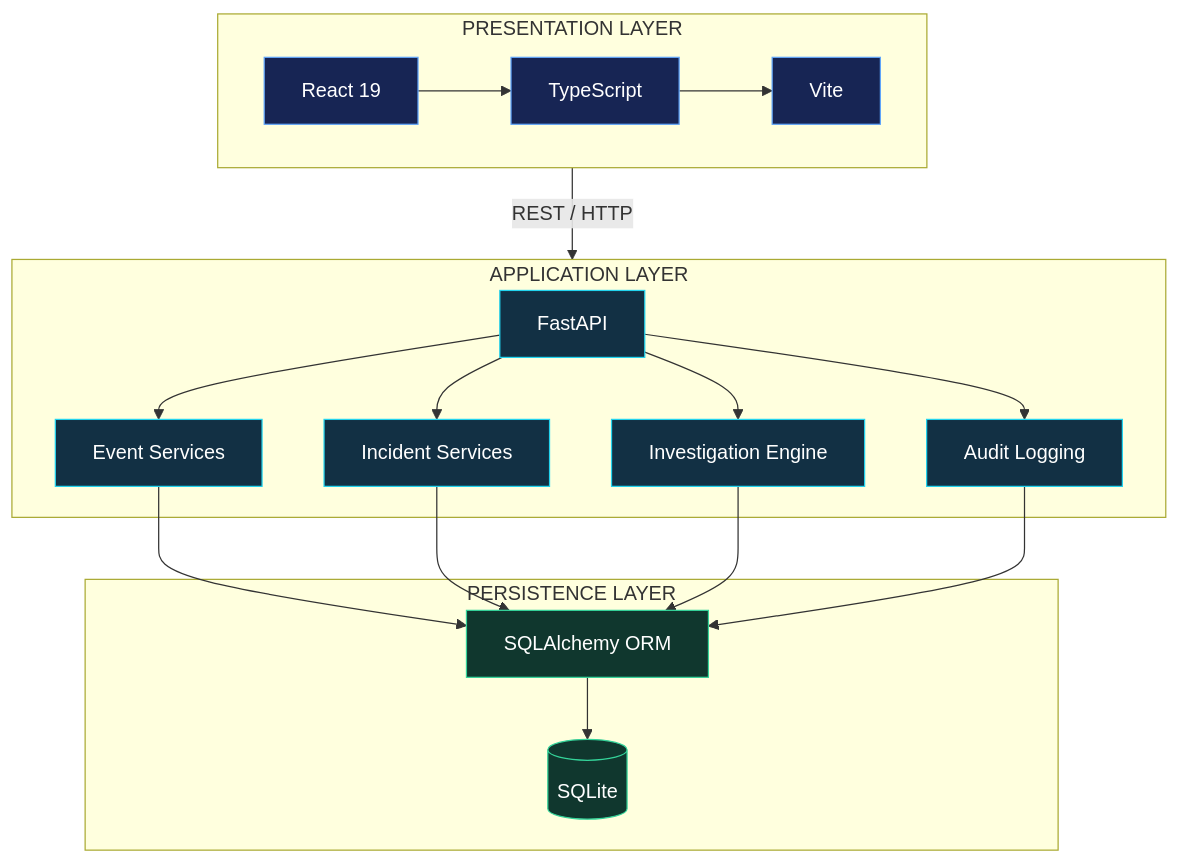
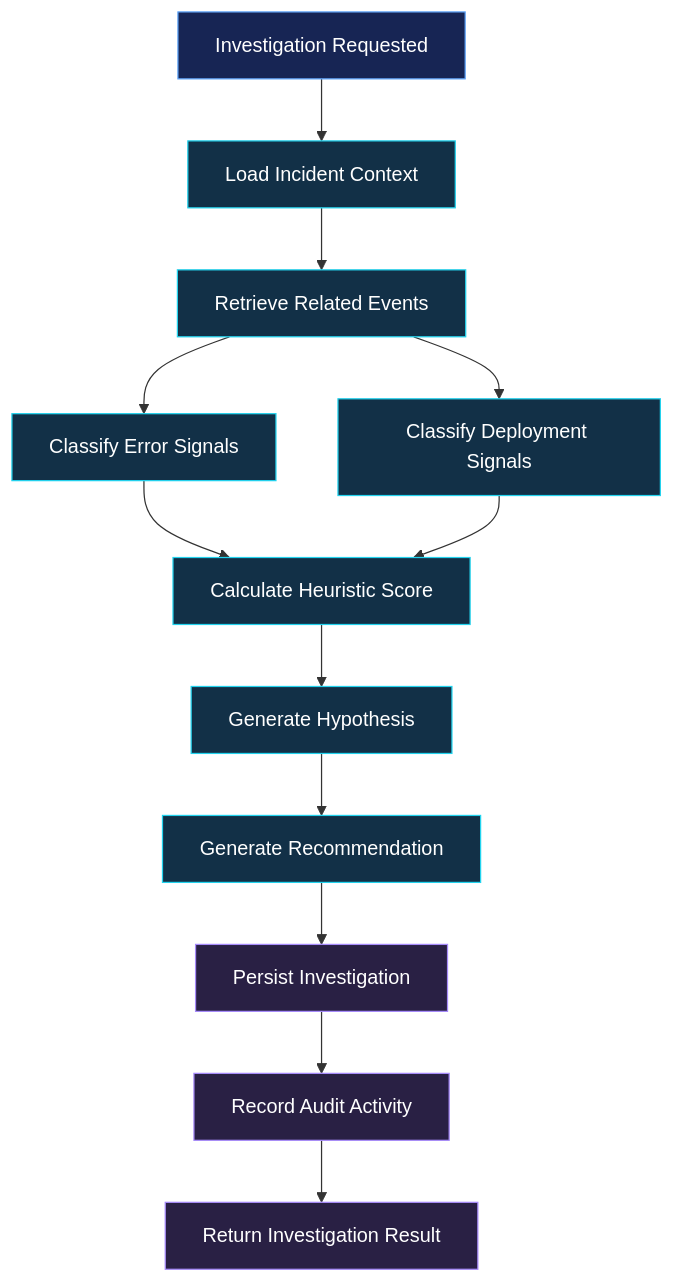
One commit to akankshad1712/opspilot-ai changed the third of 5 diagrams in README.md. Above: the diagram before and after it, drawn with Mermaid. The commit also changed other lines of this file, not shown here.

````diff
--- a/README.md
+++ b/README.md
@@ -264,45 +210,24 @@
 ```mermaid
-flowchart TB
+flowchart TD
+    A["Investigation Requested"] --> B["Load Incident Context"]
+    B --> C["Retrieve Related Events"]
+    C --> D["Classify Error Signals"]
+    C --> E["Classify Deployment Signals"]
 
-    subgraph FRONTEND["PRESENTATION LAYER"]
-        A["React 19"]
-        B["TypeScript"]
-        C["Vite"]
-        A --> B
-        B --> C
-    end
+    D --> F["Calculate Heuristic Score"]
+    E --> F
 
-    subgraph BACKEND["APPLICATION LAYER"]
-        D["FastAPI"]
-        E["Event Services"]
-        F["Incident Services"]
-        G["Investigation Engine"]
-        H["Audit Logging"]
+    F --> G["Generate Hypothesis"]
+    G --> H["Generate Recommendation"]
+    H --> I["Persist Investigation"]
+    I --> J["Record Audit Activity"]
+    J --> K["Return Investigation Result"]
 
-        D --> E
-        D --> F
-        D --> G
-        D --> H
-    end
+    classDef input fill:#172554,stroke:#60A5FA,color:#fff
+    classDef process fill:#123047,stroke:#22D3EE,color:#fff
+    classDef output fill:#292044,stroke:#A78BFA,color:#fff
 
-    subgraph PERSISTENCE["PERSISTENCE LAYER"]
-        I["SQLAlchemy ORM"]
-        J[("SQLite")]
-        I --> J
-    end
-
-    FRONTEND -->|"REST / HTTP"| BACKEND
-
-    E --> I
-    F --> I
-    G --> I
-    H --> I
-
-    classDef frontend fill:#172554,stroke:#60A5FA,color:#FFFFFF
-    classDef backend fill:#123044,stroke:#22D3EE,color:#FFFFFF
-    classDef data fill:#10372E,stroke:#34D399,color:#FFFFFF
-
-    class A,B,C frontend
-    class D,E,F,G,H backend
-    class I,J data
+    class A input
+    class B,C,D,E,F,G,H process
+    class I,J,K output
 ```
````
